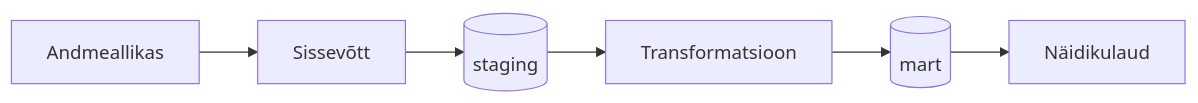
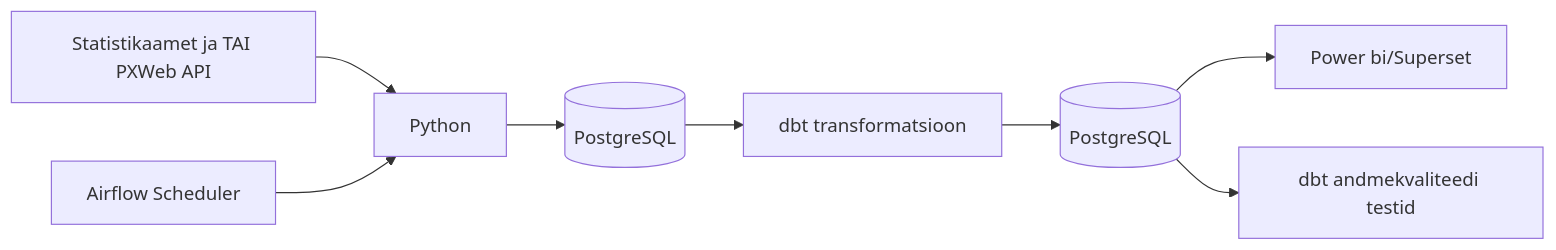
Before and after one commit to MarthaBog/Data-engineer-project-TU: the diagram in README.md, drawn with Mermaid. The commit also changed other lines of this file, not shown here.

````diff
--- a/README.md
+++ b/README.md
@@ -15,8 +15,10 @@
 ```mermaid
 flowchart LR
-    source[Andmeallikas] --> ingest[Sissevõtt]
-    ingest --> staging[(staging)]
-    staging --> transform[Transformatsioon]
-    transform --> mart[(mart)]
-    mart --> dashboard[Näidikulaud]
+    source[Statistikaamet ja TAI PXWeb API] --> ingest[Python]
+    ingest --> staging[(PostgreSQL)]
+    staging --> transform[dbt transformatsioon]
+    transform --> mart[(PostgreSQL)]
+    mart --> dashboard[Power bi/Superset]
+    mart --> quality[dbt andmekvaliteedi testid]
+    scheduler[Airflow Scheduler] --> ingest
 ```
````
